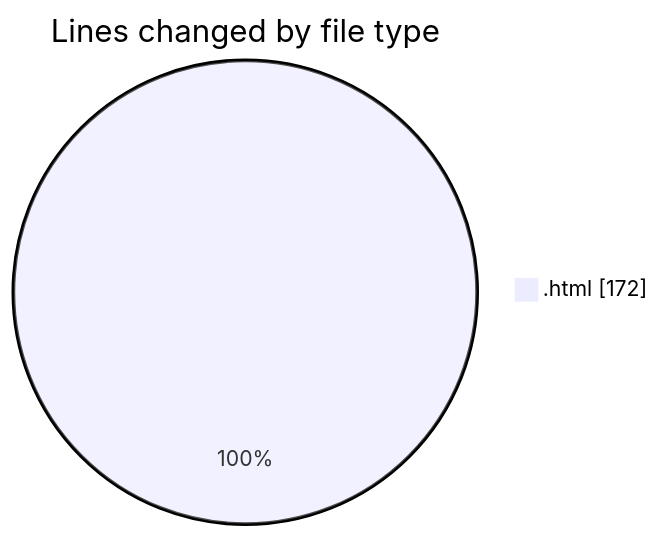
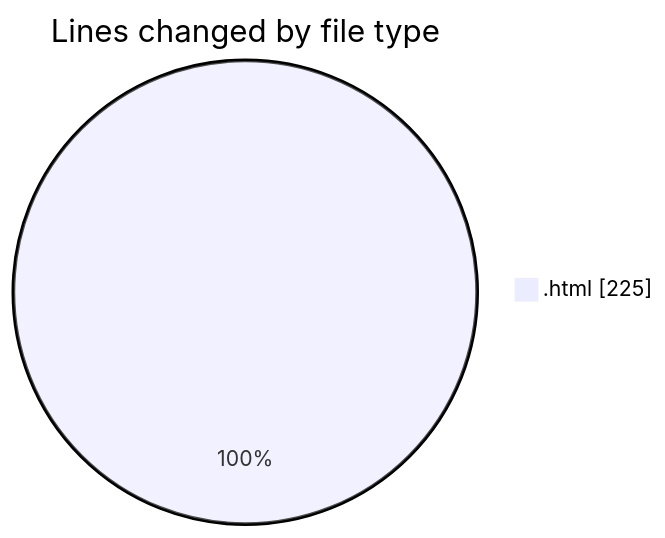
Before and after one commit to Unknowalive/code-tracking: the first of 2 diagrams in 2026-08-20/lab2/README.md, drawn with Mermaid. The commit also changed other lines of this file and 1 other file, not shown here.

````diff
--- a/2026-08-20/lab2/README.md
+++ b/2026-08-20/lab2/README.md
@@ -25,5 +26,5 @@
 ```mermaid
 pie showData
 title Lines changed by file type
-".html" : 172
+".html" : 225
 ```
````
